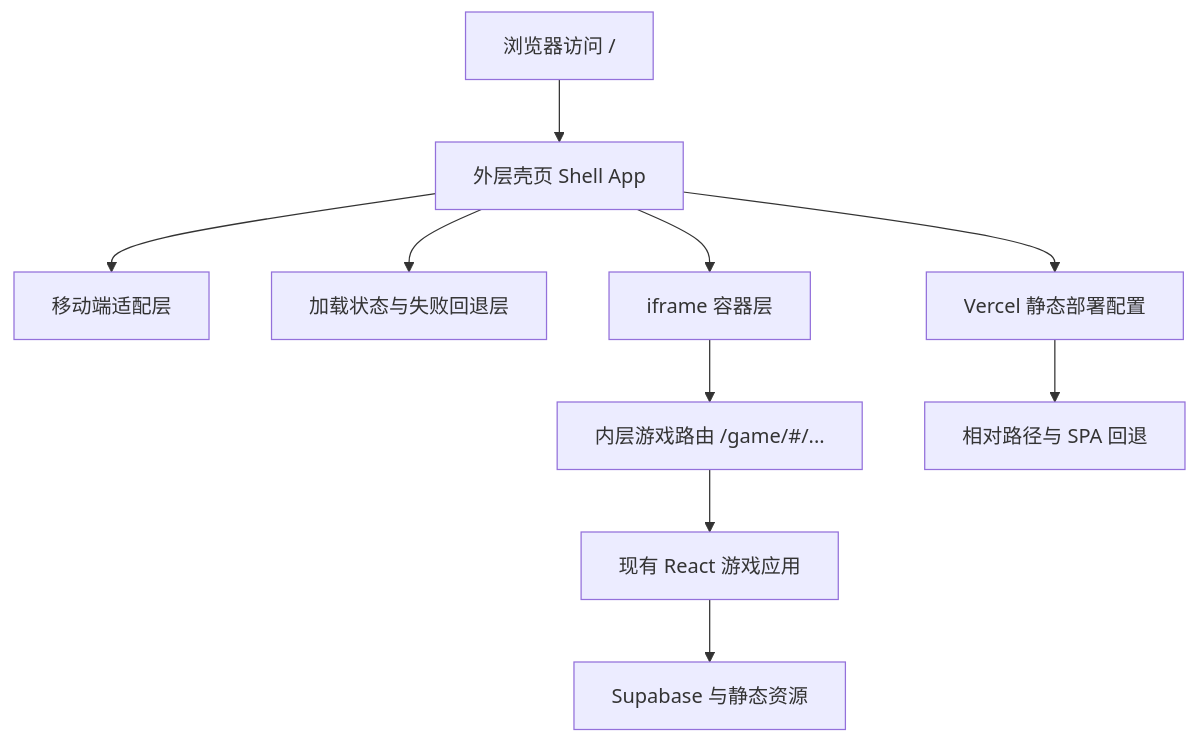
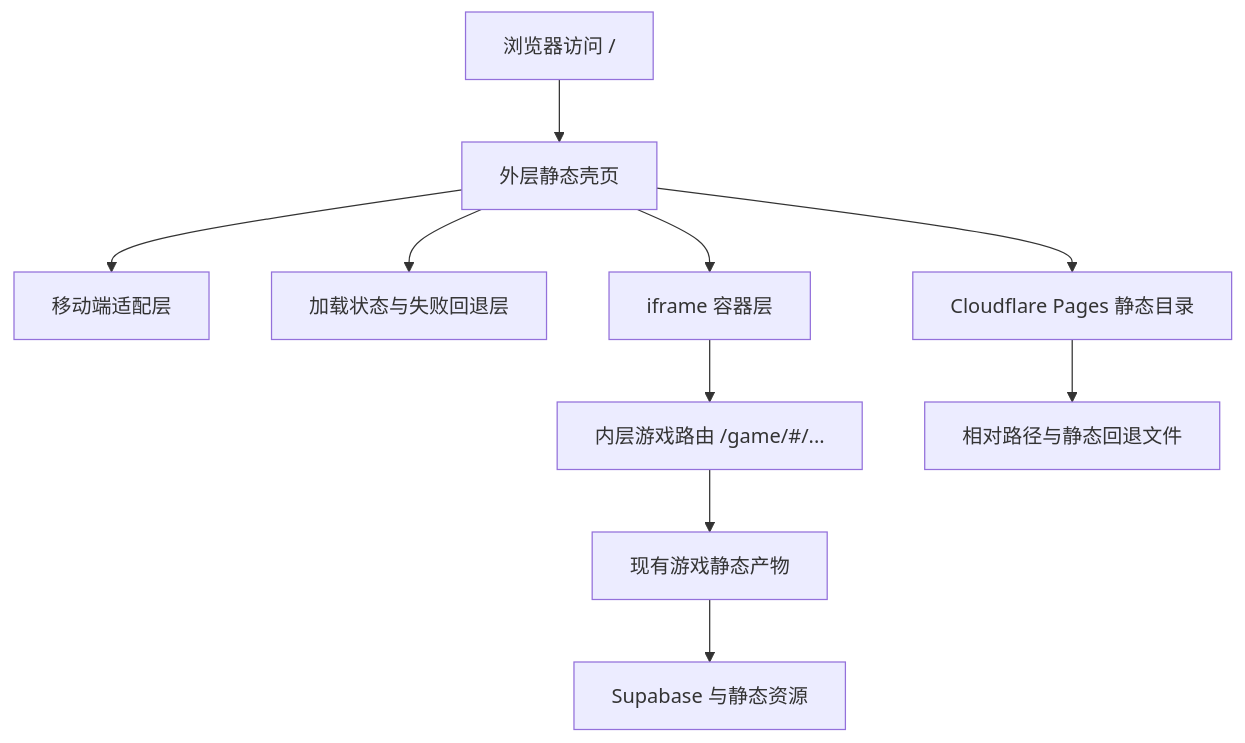
Before and after one commit to CDSlice06/product-of-playing: the diagram in .trae/documents/外层iframe公网壳层-技术方案.md, drawn with Mermaid. The commit also changed other lines of this file and 27 other files, not shown here.

````diff
--- a/.trae/documents/外层iframe公网壳层-技术方案.md
+++ b/.trae/documents/外层iframe公网壳层-技术方案.md
@@ -2,12 +2,12 @@
 ```mermaid
 flowchart TD
-    A["浏览器访问 /"] --> B["外层壳页 Shell App"]
+    A["浏览器访问 /"] --> B["外层静态壳页"]
     B --> C["移动端适配层"]
     B --> D["加载状态与失败回退层"]
     B --> E["iframe 容器层"]
     E --> F["内层游戏路由 /game/#/..."]
-    F --> G["现有 React 游戏应用"]
+    F --> G["现有游戏静态产物"]
     G --> H["Supabase 与静态资源"]
-    B --> I["Vercel 静态部署配置"]
-    I --> J["相对路径与 SPA 回退"]
+    B --> I["Cloudflare Pages 静态目录"]
+    I --> J["相对路径与静态回退文件"]
 ```
````
